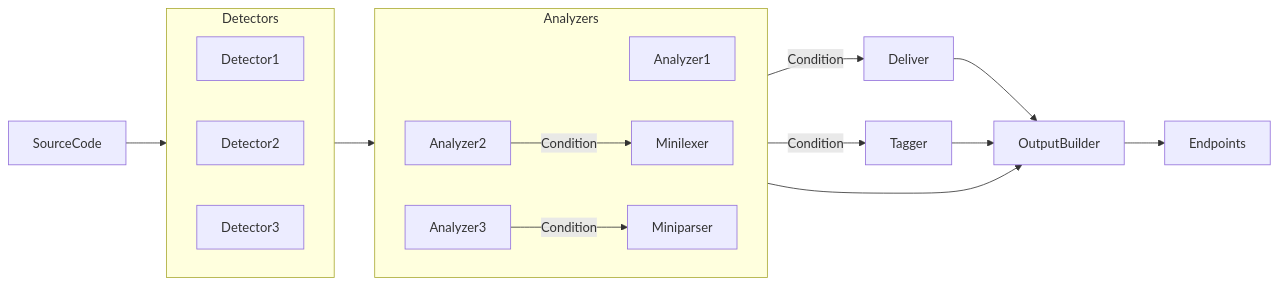
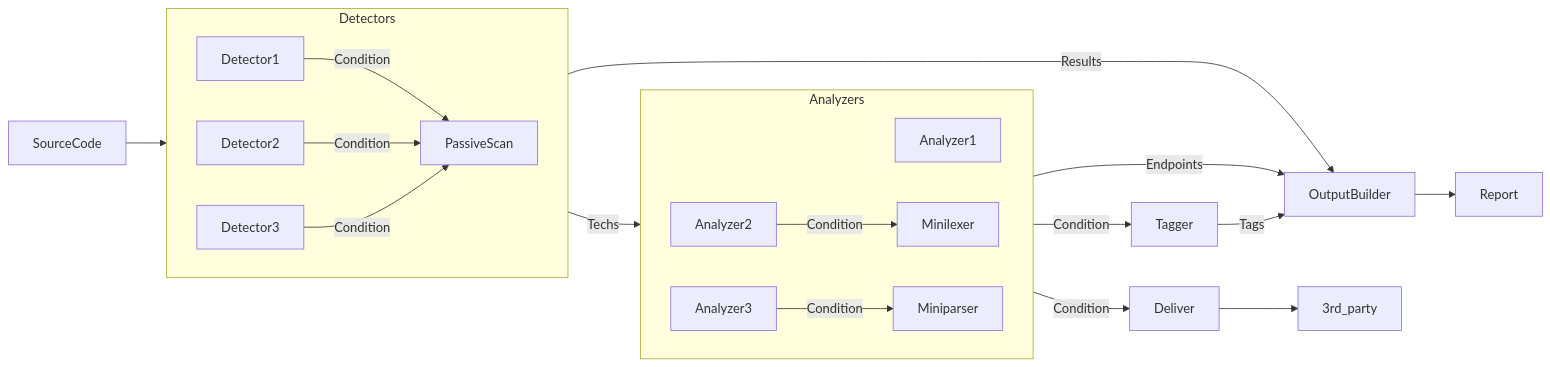
One commit to owasp-noir/noir changed the diagram in docs/index.md. Above: the diagram before and after it, drawn with Mermaid.

Commit message:
📝 Update documents

````diff
--- a/docs/index.md
+++ b/docs/index.md
@@ -37,26 +37,27 @@
 ```mermaid
 flowchart LR
     SourceCode --> Detectors
 
     subgraph Detectors
         direction LR
-        Detector1 & Detector2 & Detector3
+        Detector1 & Detector2 & Detector3 --> |Condition| PassiveScan
     end
 
-    Detectors --> Analyzers
+    PassiveScan --> |Results| OutputBuilder
+
+    Detectors --> |Techs| Analyzers
 
     subgraph Analyzers
         direction LR
         Analyzer1 & Analyzer2 & Analyzer3
         Analyzer2 --> |Condition| Minilexer
         Analyzer3 --> |Condition| Miniparser
     end
 
     Analyzers --> |Condition| Deliver
     Analyzers --> |Condition| Tagger
-    Deliver --> OutputBuilder
-    Tagger --> OutputBuilder
-    Analyzers --> OutputBuilder
-    OutputBuilder --> Endpoints
-
+    Deliver --> 3rd_party
+    Tagger --> |Tags| OutputBuilder
+    Analyzers --> |Endpoints| OutputBuilder
+    OutputBuilder --> Report
 ```
````
